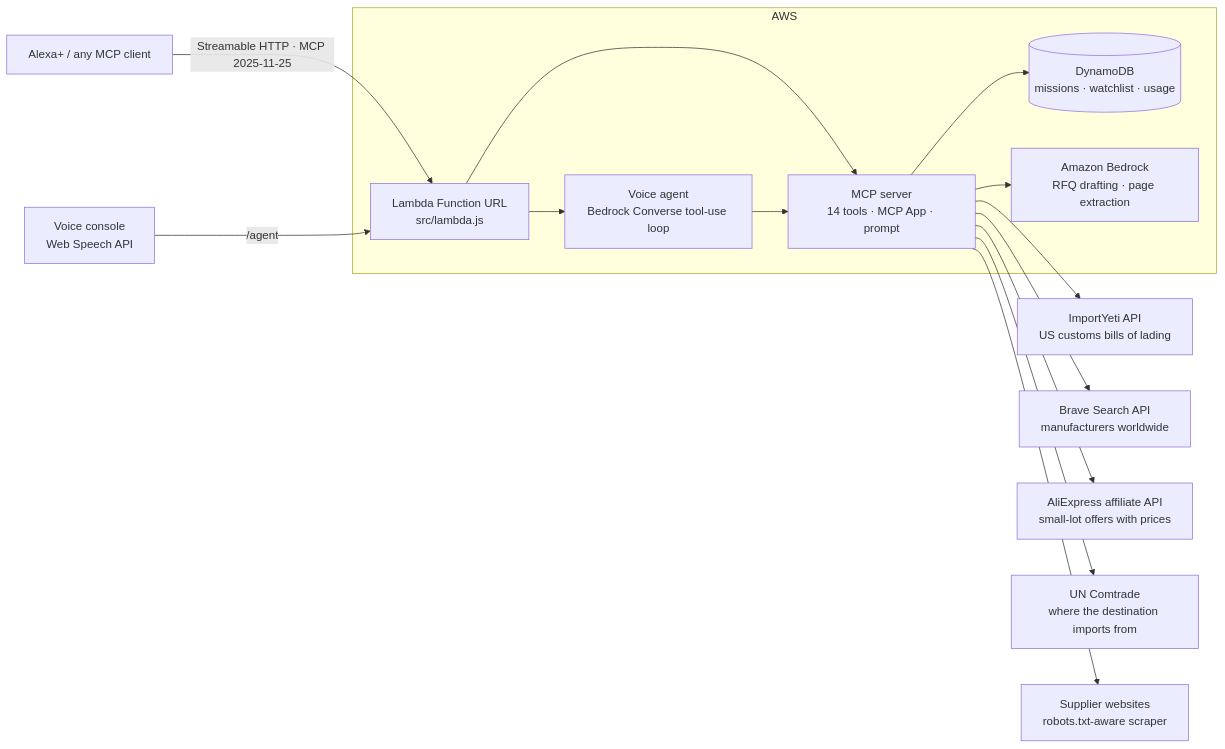
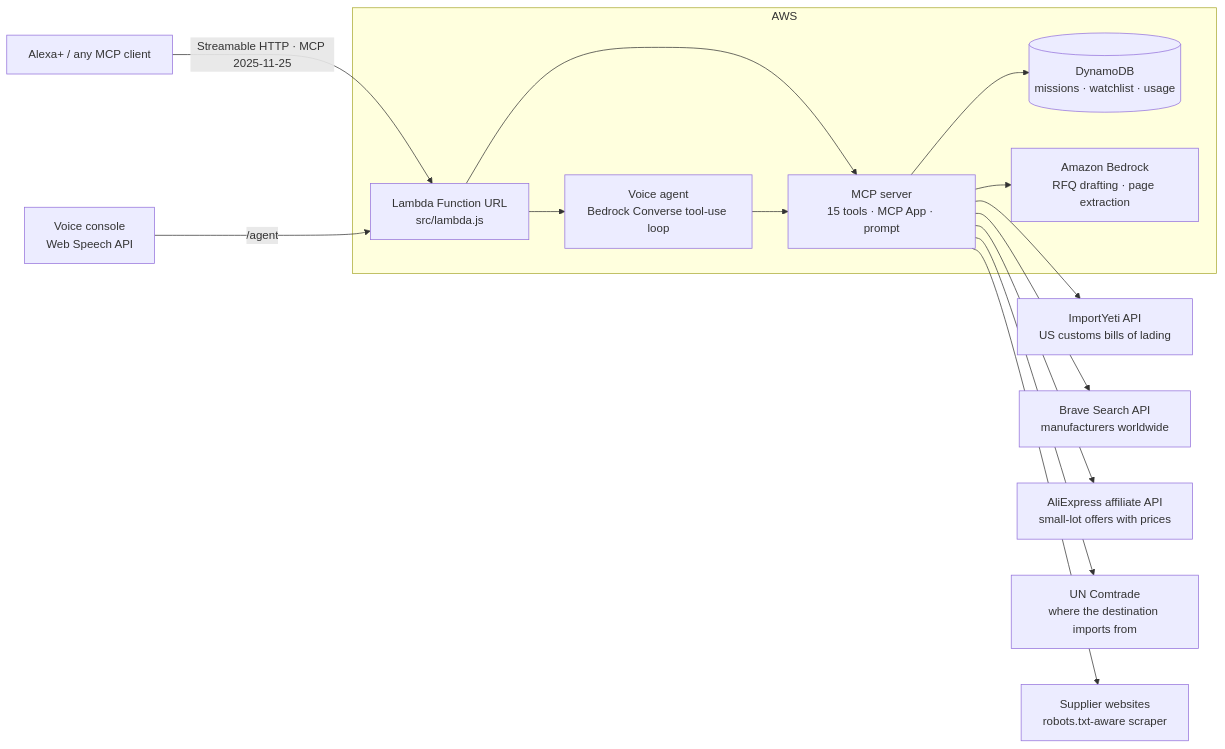
One commit to Heya-56/manalog changed the diagram in README.md. Above: the diagram before and after it, drawn with Mermaid. The commit also changed other lines of this file and 11 other files, not shown here.

First line of the commit message:
Read trade documents from photos/PDF: Bedrock structured output (forced tool use, strict JSON Schema, one repair round), deterministic port mapping, customs check; camera button and sample wharf-photo invoice

````diff
--- a/README.md
+++ b/README.md
@@ -37,17 +38,17 @@
 ```mermaid
 flowchart LR
   A[Alexa+ / any MCP client] -- Streamable HTTP · MCP 2025-11-25 --> L
   V[Voice console<br/>Web Speech API] -- /agent --> L
   subgraph AWS
-    L[Lambda Function URL<br/>src/lambda.js] --> M[MCP server<br/>14 tools · MCP App · prompt]
+    L[Lambda Function URL<br/>src/lambda.js] --> M[MCP server<br/>15 tools · MCP App · prompt]
     L --> AG[Voice agent<br/>Bedrock Converse tool-use loop]
     AG --> M
     M --> D[(DynamoDB<br/>missions · watchlist · usage)]
     M --> B[Amazon Bedrock<br/>RFQ drafting · page extraction]
   end
   M --> IY[ImportYeti API<br/>US customs bills of lading]
   M --> WS[Brave Search API<br/>manufacturers worldwide]
   M --> AE[AliExpress affiliate API<br/>small-lot offers with prices]
   M --> UN[UN Comtrade<br/>where the destination imports from]
   M --> W[Supplier websites<br/>robots.txt-aware scraper]
 ```
````
